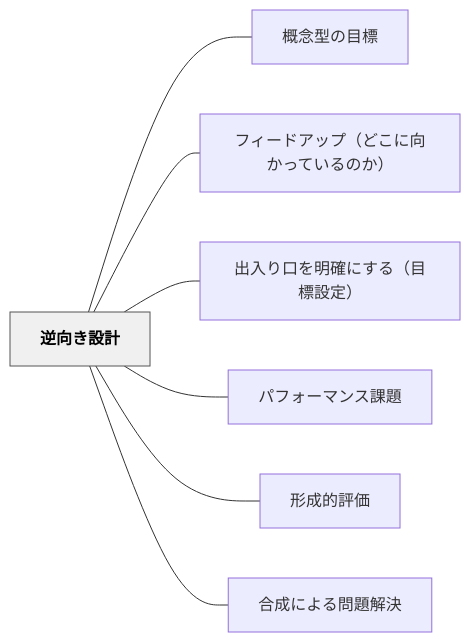
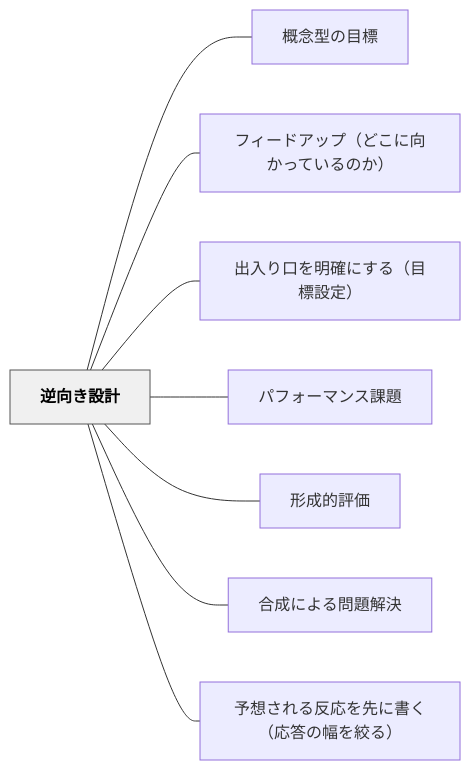
One commit to unknownthings-ed-patterns/unknownthings-ed-patterns changed the diagram in content/パタン/逆向き設計.md. Above: the diagram before and after it, drawn with Mermaid. The commit also changed other lines of this file and 84 other files, not shown here.

````diff
--- a/content/パタン/逆向き設計.md
+++ b/content/パタン/逆向き設計.md
@@ -104,20 +107,22 @@
 ```mermaid
 flowchart LR
     ne98086e59091e3818de8a8ade8a888["逆向き設計"]
     ne6a682e5bfb5e59e8be381aee79baee6a899["概念型の目標"]
     ne38395e382a3e383bce38389e382a2e38383e38397efbc88e381a9e38193e381abe59091e3818be381a3e381a6e38184e3828be381aee3818befbc89["フィードアップ（どこに向かっているのか）"]
     ne587bae585a5e3828ae58fa3e38292e6988ee7a2bae381abe38199e3828befbc88e79baee6a899e8a8ade5ae9aefbc89["出入り口を明確にする（目標設定）"]
     ne38391e38395e382a9e383bce3839ee383b3e382b9e8aab2e9a18c["パフォーマンス課題"]
     ne5bda2e68890e79a84e8a995e4bea1["形成的評価"]
     ne59088e68890e381abe38288e3828be5958fe9a18ce8a7a3e6b1ba["合成による問題解決"]
+    ne4ba88e683b3e38195e3828ce3828be58f8de5bf9ce38292e58588e381abe69bb8e3818fefbc88e5bf9ce7ad94e381aee5b985e38292e7b59ee3828befbc89["予想される反応を先に書く（応答の幅を絞る）"]
 
     ne98086e59091e3818de8a8ade8a888 --- ne6a682e5bfb5e59e8be381aee79baee6a899
     ne98086e59091e3818de8a8ade8a888 --- ne38395e382a3e383bce38389e382a2e38383e38397efbc88e381a9e38193e381abe59091e3818be381a3e381a6e38184e3828be381aee3818befbc89
     ne98086e59091e3818de8a8ade8a888 --- ne587bae585a5e3828ae58fa3e38292e6988ee7a2bae381abe38199e3828befbc88e79baee6a899e8a8ade5ae9aefbc89
     ne98086e59091e3818de8a8ade8a888 --- ne38391e38395e382a9e383bce3839ee383b3e382b9e8aab2e9a18c
     ne98086e59091e3818de8a8ade8a888 --- ne5bda2e68890e79a84e8a995e4bea1
     ne98086e59091e3818de8a8ade8a888 --- ne59088e68890e381abe38288e3828be5958fe9a18ce8a7a3e6b1ba
+    ne98086e59091e3818de8a8ade8a888 --- ne4ba88e683b3e38195e3828ce3828be58f8de5bf9ce38292e58588e381abe69bb8e3818fefbc88e5bf9ce7ad94e381aee5b985e38292e7b59ee3828befbc89
 
     classDef hub fill:#f0f0f0,stroke:#555,color:#000,font-weight:bold
     class ne98086e59091e3818de8a8ade8a888 hub
 ```
````
